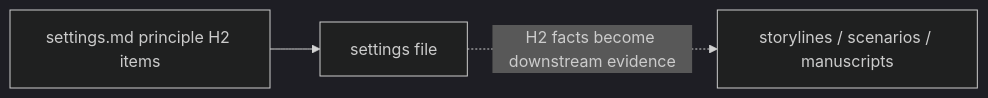
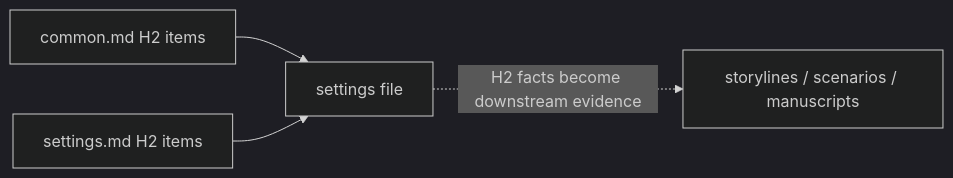
The diagram in .agents/skills/novel/settings.md (samchon/novels), drawn with Mermaid (dark theme) before and after one commit. The commit also changed other lines of this file and 14 other files, not shown here.

````diff
--- a/.agents/skills/novel/settings.md
+++ b/.agents/skills/novel/settings.md
@@ -23,5 +23,6 @@
 ```mermaid
 flowchart LR
-  P["settings.md principle H2 items"] --> SF["settings file"]
+  CM["common.md H2 items"] --> SF["settings file"]
+  P["settings.md H2 items"] --> SF
   SF -. "H2 facts become downstream evidence" .-> D["storylines / scenarios / manuscripts"]
 ```
````
